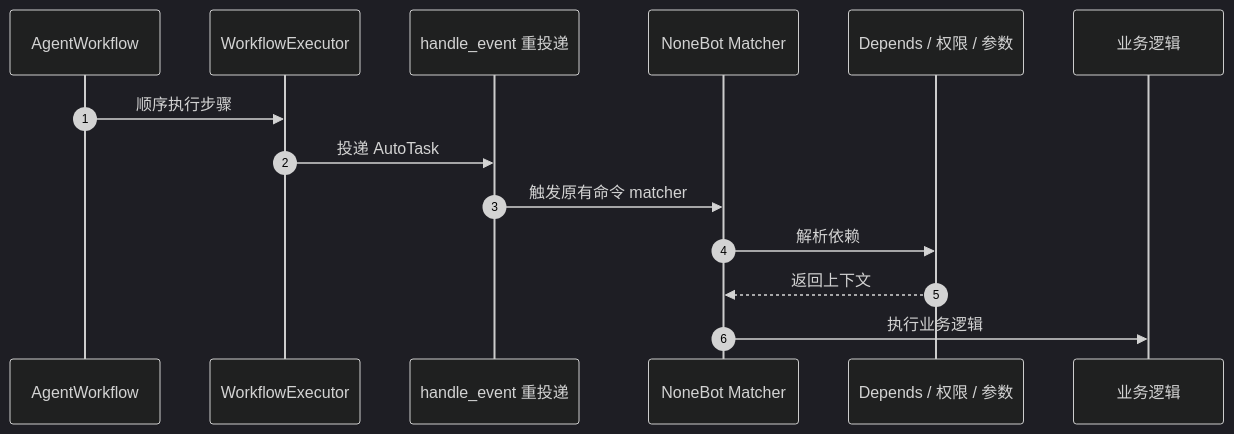
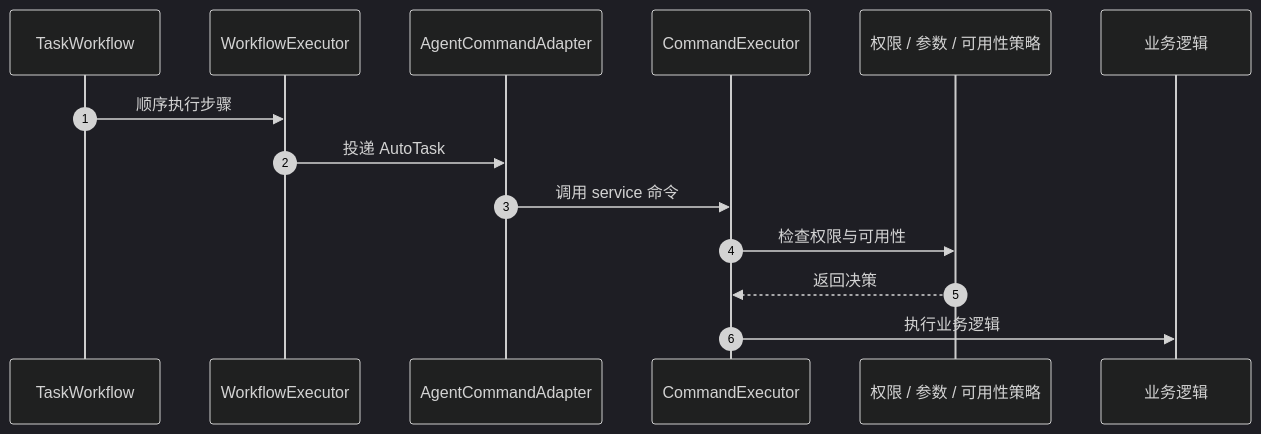
Before and after one commit to ClassRobot/ClassRobot: the second of 2 diagrams in docs/architecture/agent-workflow-orchestration.md, drawn with Mermaid (dark theme). The commit also changed other lines of this file and 269 other files, not shown here.

````diff
--- a/docs/architecture/agent-workflow-orchestration.md
+++ b/docs/architecture/agent-workflow-orchestration.md
@@ -252,17 +294,17 @@
 ```mermaid
 sequenceDiagram
     autonumber
-    participant Agent as AgentWorkflow
-    participant Executor as WorkflowExecutor
-    participant Dispatch as handle_event 重投递
-    participant Matcher as NoneBot Matcher
-    participant Depends as Depends / 权限 / 参数
+    participant Agent as TaskWorkflow
+    participant WfExec as WorkflowExecutor
+    participant Dispatch as AgentCommandAdapter
+    participant CmdExec as CommandExecutor
+    participant Depends as 权限 / 参数 / 可用性策略
     participant Domain as 业务逻辑
 
-    Agent->>Executor: 顺序执行步骤
-    Executor->>Dispatch: 投递 AutoTask
-    Dispatch->>Matcher: 触发原有命令 matcher
-    Matcher->>Depends: 解析依赖
-    Depends-->>Matcher: 返回上下文
-    Matcher->>Domain: 执行业务逻辑
+    Agent->>WfExec: 顺序执行步骤
+    WfExec->>Dispatch: 投递 AutoTask
+    Dispatch->>CmdExec: 调用 service 命令
+    CmdExec->>Depends: 检查权限与可用性
+    Depends-->>CmdExec: 返回决策
+    CmdExec->>Domain: 执行业务逻辑
 ```
````
